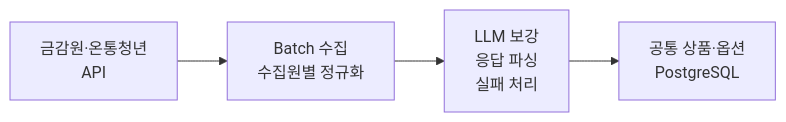
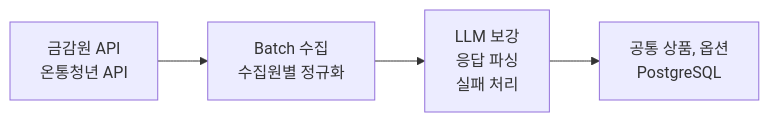
The second of 4 diagrams in README.md (yuyeol3/backend-portfolio), drawn with Mermaid before and after one commit. The commit also changed other lines of this file, not shown here.

````diff
--- a/README.md
+++ b/README.md
@@ -73,6 +72,6 @@
 ```mermaid
 flowchart LR
-    A["금감원·온통청년<br/>API"] --> B["Batch 수집<br/>수집원별 정규화"]
+    A["금감원 API<br/>온통청년 API"] --> B["Batch 수집<br/>수집원별 정규화"]
     B --> C["LLM 보강<br/>응답 파싱<br/>실패 처리"]
-    C --> D["공통 상품·옵션<br/>PostgreSQL"]
+    C --> D["공통 상품, 옵션<br/>PostgreSQL"]
 ```
````
